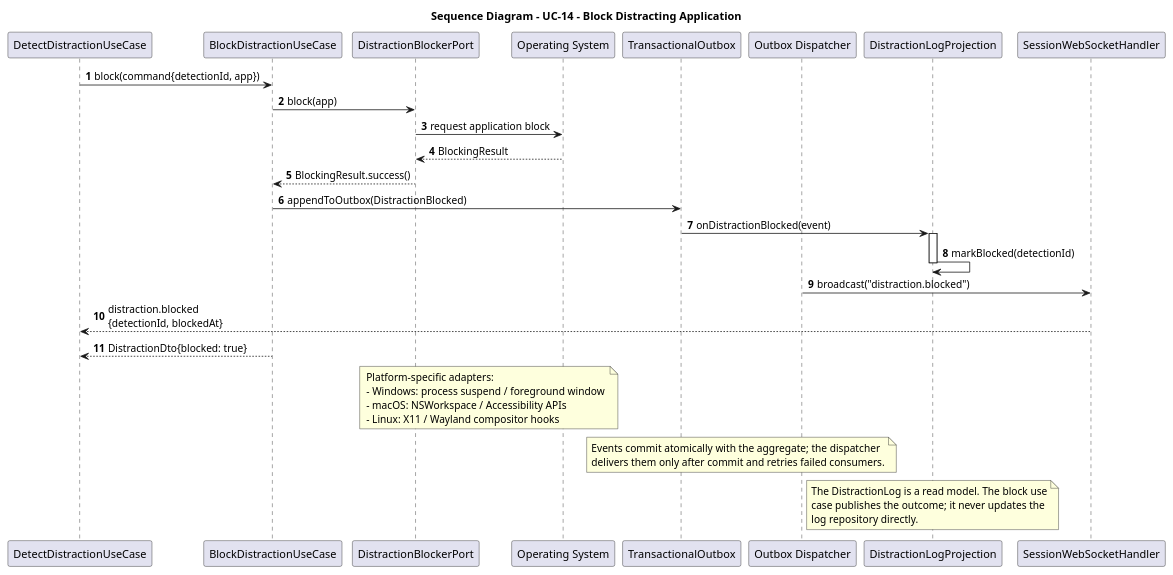
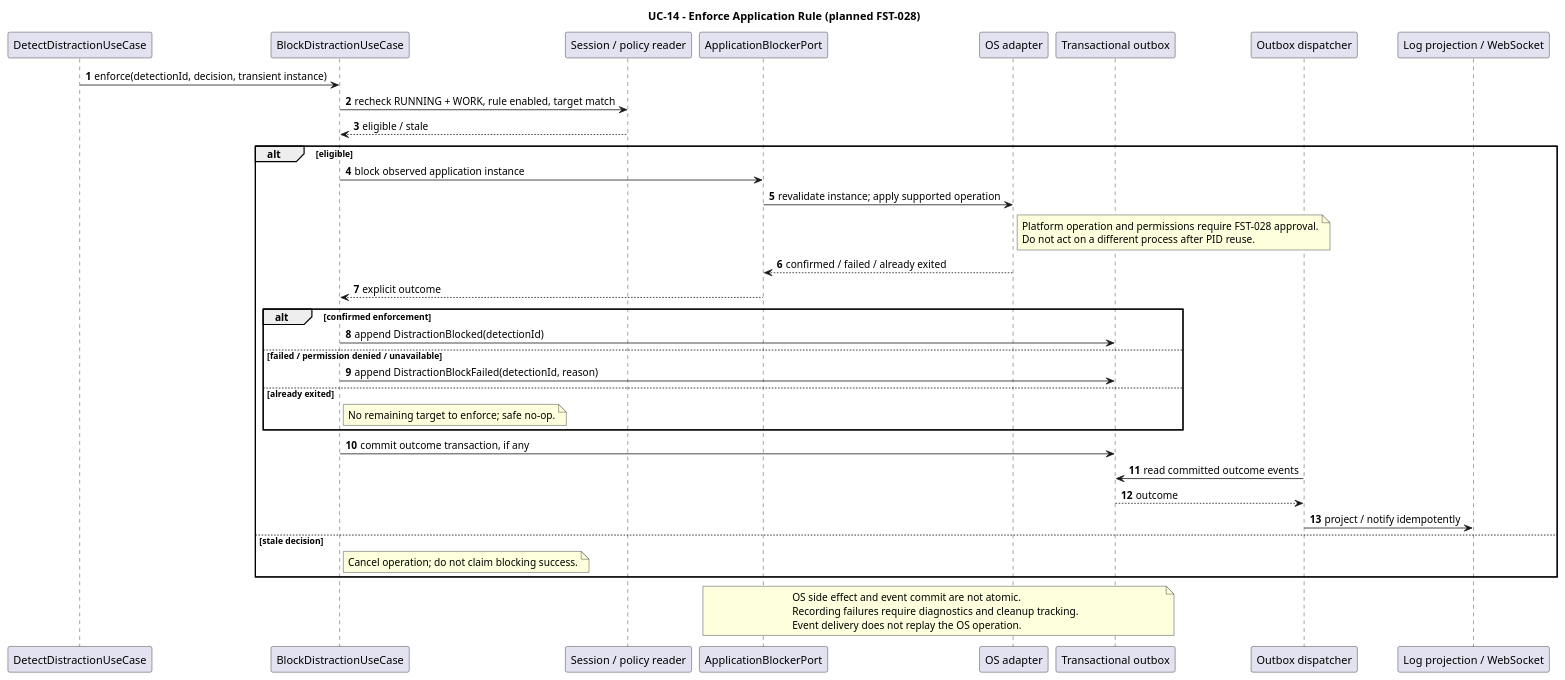
One commit to MiguelRibeiro1210/Focus-and-Study-Tracking changed the diagram in docs/SD/SD_BlockDistraction.puml. Above: the diagram before and after it, drawn with PlantUML. The commit also changed 31 other files, not shown here.

```diff
--- a/docs/SD/SD_BlockDistraction.puml
+++ b/docs/SD/SD_BlockDistraction.puml
@@ -1,47 +1,44 @@
 @startuml
-title Sequence Diagram - UC-14 - Block Distracting Application
+title UC-14 - Enforce Application Rule (planned FST-028)
+autonumber
+participant "DetectDistractionUseCase" as Detect
+participant "BlockDistractionUseCase" as Block
+participant "Session / policy reader" as Current
+participant "ApplicationBlockerPort" as Port
+participant "OS adapter" as OS
+participant "Transactional outbox" as Outbox
+participant "Outbox dispatcher" as Dispatch
+participant "Log projection / WebSocket" as Consumers
 
-autonumber
-participant "DetectDistractionUseCase" as DetectUseCase
-participant "BlockDistractionUseCase" as UseCase
-participant "DistractionBlockerPort" as Blocker
-participant "Operating System" as OS
-participant "TransactionalOutbox" as Events
-participant "Outbox Dispatcher" as Dispatcher
-participant "DistractionLogProjection" as LogProjection
-participant "SessionWebSocketHandler" as WS
-
-DetectUseCase -> UseCase : block(command{detectionId, app})
-UseCase -> Blocker : block(app)
-Blocker -> OS : request application block
-OS --> Blocker : BlockingResult
-
-Blocker --> UseCase : BlockingResult.success()
-UseCase -> Events : appendToOutbox(DistractionBlocked)
-Events -> LogProjection : onDistractionBlocked(event)
-activate LogProjection
-LogProjection -> LogProjection : markBlocked(detectionId)
-deactivate LogProjection
-Dispatcher -> WS : broadcast("distraction.blocked")
-WS --> DetectUseCase : distraction.blocked\n{detectionId, blockedAt}
-UseCase --> DetectUseCase : DistractionDto{blocked: true}
-
-note over Blocker, OS
-  Platform-specific adapters:
-  - Windows: process suspend / foreground window
-  - macOS: NSWorkspace / Accessibility APIs
-  - Linux: X11 / Wayland compositor hooks
+Detect -> Block : enforce(detectionId, decision, transient instance)
+Block -> Current : recheck RUNNING + WORK, rule enabled, target match
+Current --> Block : eligible / stale
+alt eligible
+  Block -> Port : block observed application instance
+  Port -> OS : revalidate instance; apply supported operation
+  note right of OS
+    Platform operation and permissions require FST-028 approval.
+    Do not act on a different process after PID reuse.
+  end note
+  OS --> Port : confirmed / failed / already exited
+  Port --> Block : explicit outcome
+  alt confirmed enforcement
+    Block -> Outbox : append DistractionBlocked(detectionId)
+  else failed / permission denied / unavailable
+    Block -> Outbox : append DistractionBlockFailed(detectionId, reason)
+  else already exited
+    note right of Block : No remaining target to enforce; safe no-op.
+  end
+  Block -> Outbox : commit outcome transaction, if any
+  Dispatch -> Outbox : read committed outcome events
+  Outbox --> Dispatch : outcome
+  Dispatch -> Consumers : project / notify idempotently
+else stale decision
+  note right of Block : Cancel operation; do not claim blocking success.
+end
+note over Port, Outbox
+  OS side effect and event commit are not atomic.
+  Recording failures require diagnostics and cleanup tracking.
+  Event delivery does not replay the OS operation.
 end note
-
-note over Events, Dispatcher
-  Events commit atomically with the aggregate; the dispatcher
-  delivers them only after commit and retries failed consumers.
-end note
-
-note over LogProjection
-  The DistractionLog is a read model. The block use
-  case publishes the outcome; it never updates the
-  log repository directly.
-end note
-
 @enduml
```
